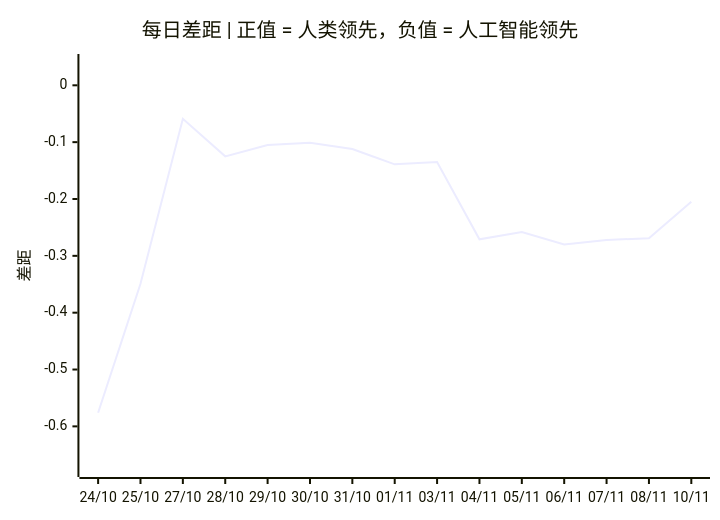
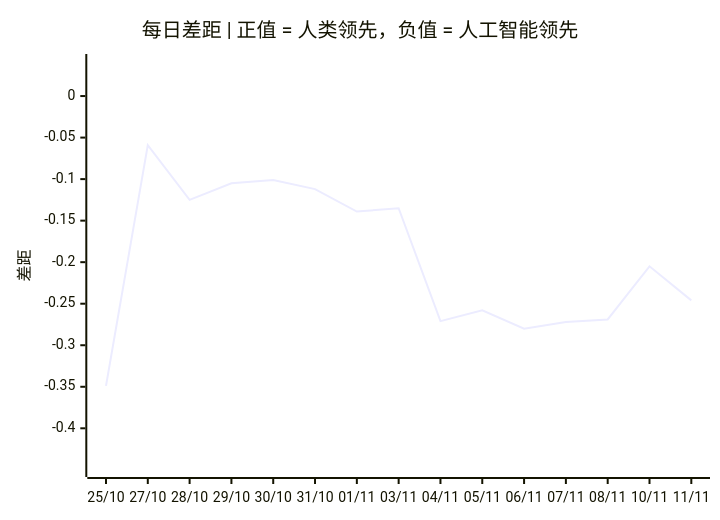
The third of 3 diagrams in README.zh.md (VQQLK/Human-AI-Monitor), drawn with Mermaid before and after one commit. The commit also changed other lines of this file and 3 other files, not shown here.

````diff
--- a/README.zh.md
+++ b/README.zh.md
@@ -56,7 +56,7 @@
 ```mermaid
 xychart-beta
     title "每日差距 | 正值 = 人类领先，负值 = 人工智能领先"
-    x-axis ["24/10", "25/10", "27/10", "28/10", "29/10", "30/10", "31/10", "01/11", "03/11", "04/11", "05/11", "06/11", "07/11", "08/11", "10/11"]
-    y-axis "差距" -0.675 --> 0.041
-    line [-0.576, -0.349, -0.059, -0.125, -0.105, -0.101, -0.112, -0.139, -0.135, -0.271, -0.258, -0.280, -0.272, -0.269, -0.205]
+    x-axis ["25/10", "27/10", "28/10", "29/10", "30/10", "31/10", "01/11", "03/11", "04/11", "05/11", "06/11", "07/11", "08/11", "10/11", "11/11"]
+    y-axis "差距" -0.449 --> 0.041
+    line [-0.349, -0.059, -0.125, -0.105, -0.101, -0.112, -0.139, -0.135, -0.271, -0.258, -0.280, -0.272, -0.269, -0.205, -0.246]
 ```
````
